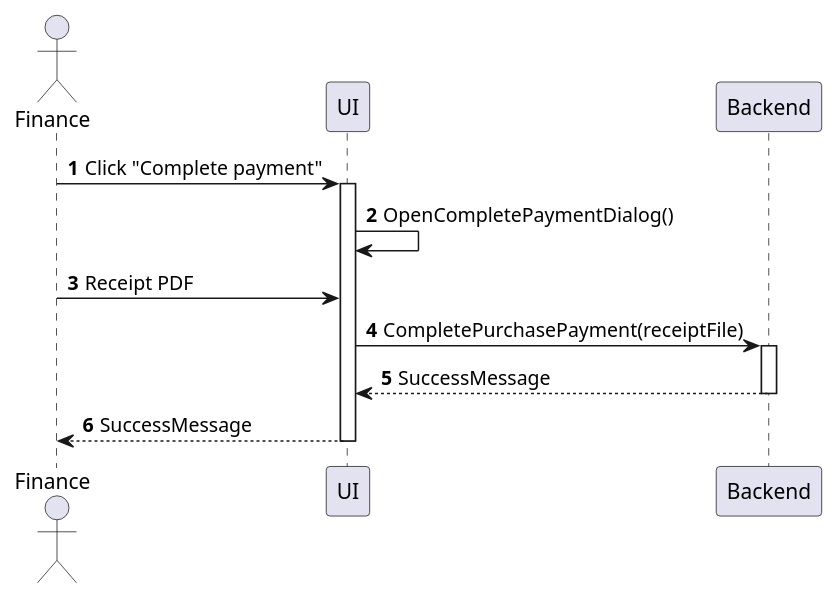
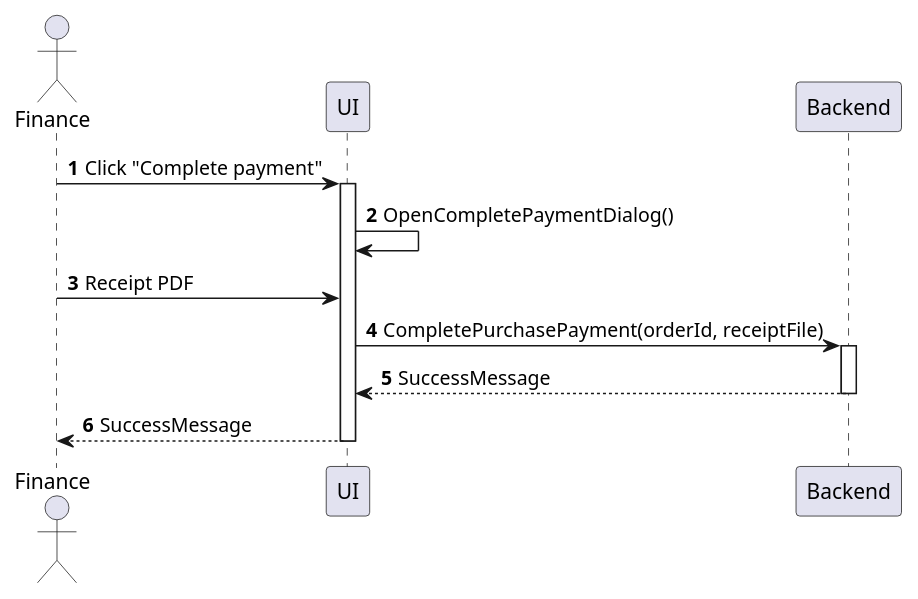
One commit to phihungha/scmss-reqs changed the diagram in sequences/purchase-order-complete-payment.plantuml. Above: the diagram before and after it, drawn with PlantUML. The commit also changed 19 other files, not shown here.

```diff
--- a/sequences/purchase-order-complete-payment.plantuml
+++ b/sequences/purchase-order-complete-payment.plantuml
@@ -1,16 +1,16 @@
 @startuml purchase-order-complete-payment
 autonumber
 
 actor "Finance" as a
 participant UI as f
 participant Backend as b
 
 a -> f : Click "Complete payment"
 activate f
 f -> f : OpenCompletePaymentDialog()
 a -> f : Receipt PDF
-f -> b : CompletePurchasePayment(receiptFile)
+f -> b : CompletePurchasePayment(orderId, receiptFile)
 activate b
 return SuccessMessage
 return SuccessMessage
 @enduml
```
